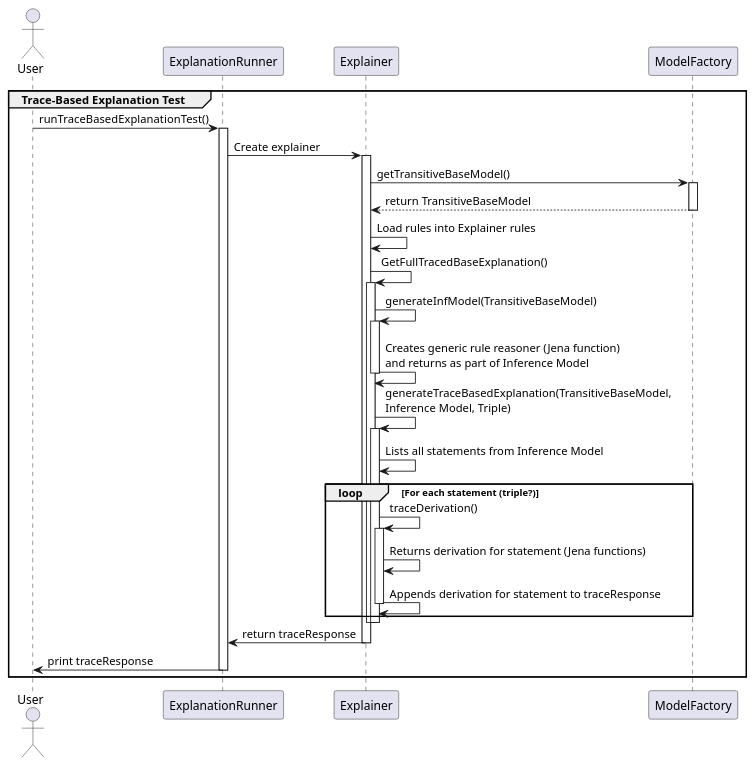
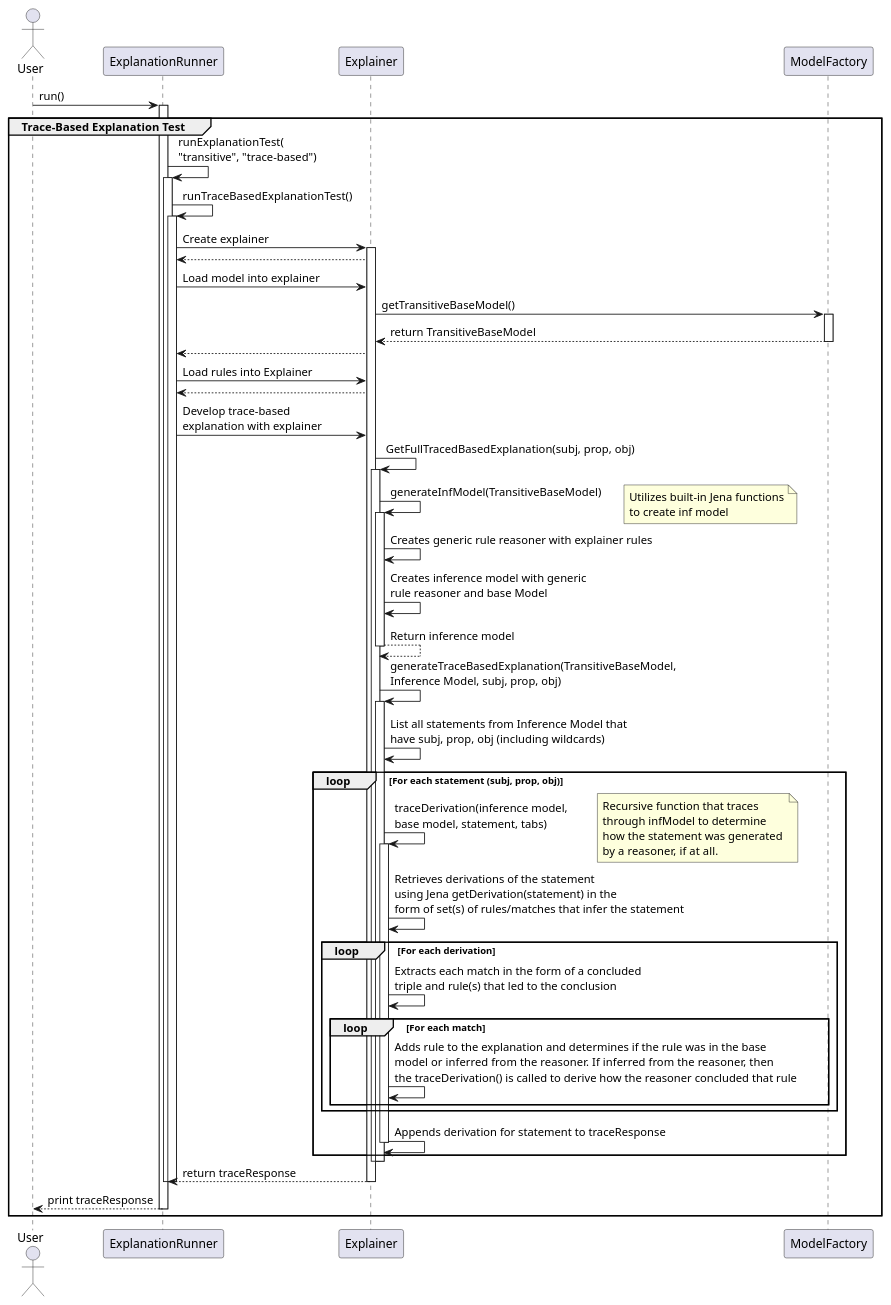
Before and after one commit to brains-group/androidReasoningPunya: the diagram in AndroidRules/app/src/main/java/wvw/mobile/rules/explanation/uml/trace_based_exp.puml, drawn with PlantUML. The commit also changed 2 other files, not shown here.

Commit message:
Added generic explanation runner and updated UML diagarams

```diff
--- a/AndroidRules/app/src/main/java/wvw/mobile/rules/explanation/uml/trace_based_exp.puml
+++ b/AndroidRules/app/src/main/java/wvw/mobile/rules/explanation/uml/trace_based_exp.puml
@@ -1,56 +1,101 @@
-@startuml Trace-Based_Explanation_Test_Transitive
+@startuml Trace-Based Explanation - Transitive Test
 
 actor User
 participant "ExplanationRunner" as ER
 participant "Explainer" as E
 participant "ModelFactory" as MF
 
+User -> ER: run()
+
 group Trace-Based Explanation Test
-    User -> ER: runTraceBasedExplanationTest()
+    
+    activate ER
+
+    ER -> ER: runExplanationTest(\n"transitive", "trace-based")
+
+    activate ER
+
+    ER -> ER: runTraceBasedExplanationTest()
+
     activate ER
 
     ER -> E: Create explainer
     activate E
+    E --> ER
 
+    ER -> E: Load model into explainer
+    
     E -> MF: getTransitiveBaseModel()
     activate MF
     E <-- MF: return TransitiveBaseModel
     deactivate MF
+    
+    E --> ER
+    ER -> E: Load rules into Explainer
+    E --> ER
+    
+    ER -> E: Develop trace-based \nexplanation with explainer
+    
+      E -> E: GetFullTracedBasedExplanation(subj, prop, obj)
+      activate E
 
-    E -> E: Load rules into Explainer rules
-      
-      E -> E: GetFullTracedBaseExplanation()
-      activate E
+        E -> E: generateInfModel(TransitiveBaseModel)
+        note right
+          Utilizes built-in Jena functions
+          to create inf model
+        end note
+        activate E
         
-        E -> E: generateInfModel(TransitiveBaseModel)
+        E -> E: Creates generic rule reasoner with explainer rules
+    
+        E -> E: Creates inference model with generic \nrule reasoner and base Model
+        
+        E --> E: Return inference model
+        deactivate E
+
+        E -> E: generateTraceBasedExplanation(TransitiveBaseModel, \nInference Model, subj, prop, obj)
         activate E
     
-        E -> E: Creates generic rule reasoner (Jena function) \nand returns as part of Inference Model
-        deactivate E
-
-        E -> E: generateTraceBasedExplanation(TransitiveBaseModel, \nInference Model, Triple)
-        activate E
-    
-        E -> E: Lists all statements from Inference Model
+        E -> E: List all statements from Inference Model that \nhave subj, prop, obj (including wildcards)
   
-        loop For each statement (triple?)
-            E -> E: traceDerivation()
+        loop For each statement (subj, prop, obj)
+            E -> E: traceDerivation(inference model, \nbase model, statement, tabs)
+            note right
+              Recursive function that traces 
+              through infModel to determine 
+              how the statement was generated 
+              by a reasoner, if at all.
+            end note
             activate E
             
-            E -> E: Returns derivation for statement (Jena functions)
+            E -> E: Retrieves derivations of the statement \nusing Jena getDerivation(statement) in the \nform of set(s) of rules/matches that infer the statement
+
+            loop For each derivation
+              E -> E: Extracts each match in the form of a concluded \ntriple and rule(s) that led to the conclusion
+            
+              loop For each match
+                E -> E: Adds rule to the explanation and determines if the rule was in the base \nmodel or inferred from the reasoner. If inferred from the reasoner, then \nthe traceDerivation() is called to derive how the reasoner concluded that rule
+              end loop
+            end loop
             
             E -> E: Appends derivation for statement to traceResponse
             deactivate E
         end loop
         deactivate E
     
       deactivate E
 
-    E -> ER: return traceResponse
+    E --> ER: return traceResponse
+
     deactivate E
+   
 
-    ER -> User: print traceResponse
     deactivate ER
+    deactivate ER
+
+    ER --> User: print traceResponse
+    deactivate ER
+
 end group
 
 @enduml
```
